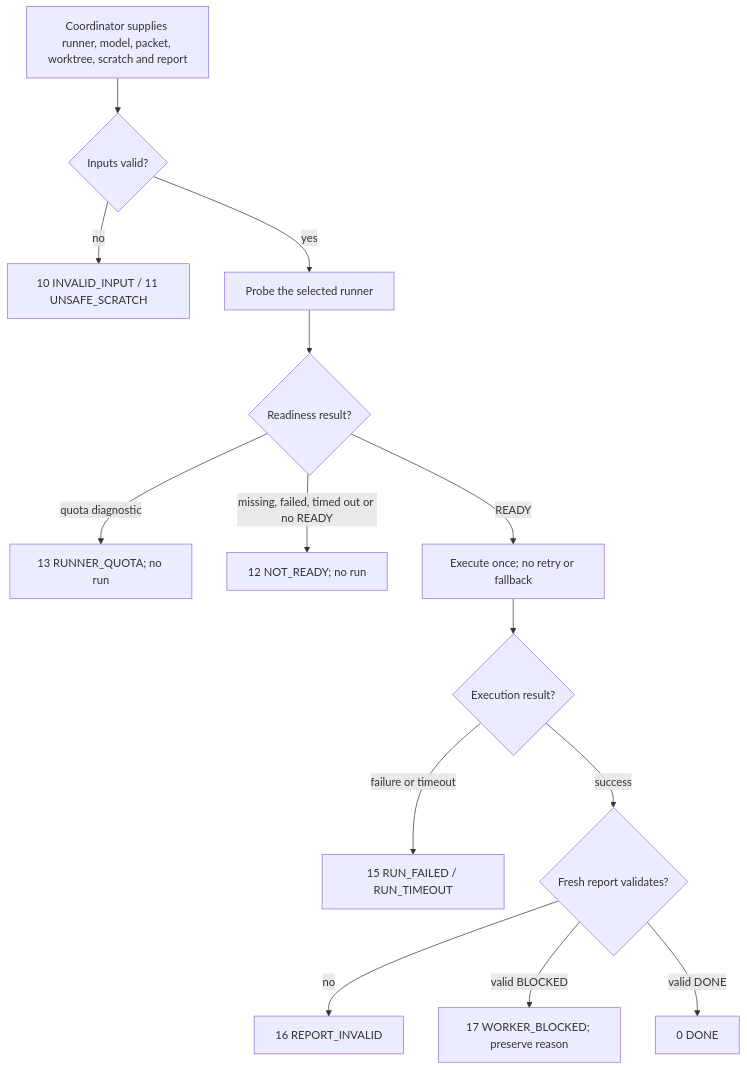
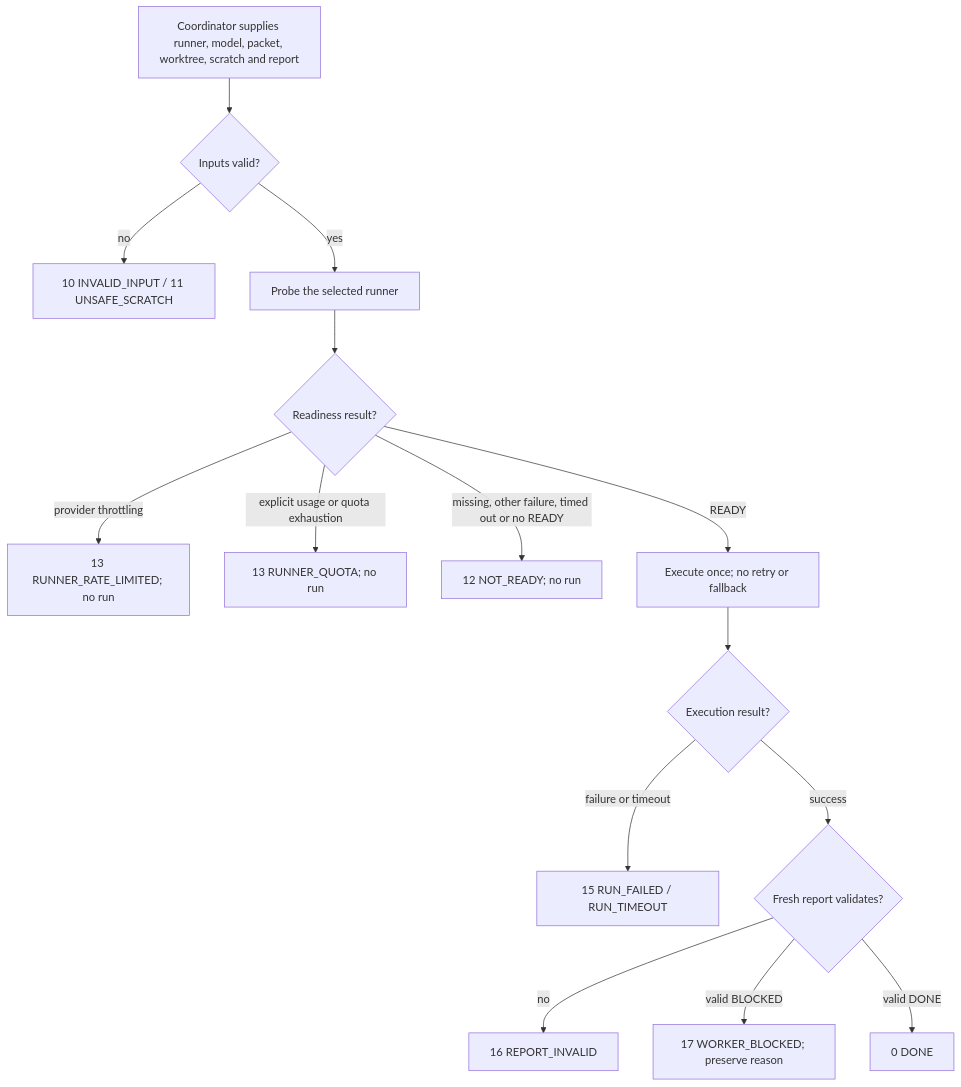
One commit to dyphn1/Harness-everything changed the diagram in docs/error-handling/actions/c8-action-map.md. Above: the diagram before and after it, drawn with Mermaid. The commit also changed other lines of this file and 4 other files, not shown here.

First line of the commit message:
fix(dispatch): separate provider rate limits from quota and canonicalize windows paths in tests

````diff
--- a/docs/error-handling/actions/c8-action-map.md
+++ b/docs/error-handling/actions/c8-action-map.md
@@ -7,16 +7,17 @@
 ```mermaid
 flowchart TD
     INPUT["Coordinator supplies runner, model, packet, worktree, scratch and report"] --> VALID{"Inputs valid?"}
     VALID -->|"no"| REFUSE["10 INVALID_INPUT / 11 UNSAFE_SCRATCH"]
     VALID -->|"yes"| READY["Probe the selected runner"]
     READY --> READY_RESULT{"Readiness result?"}
-    READY_RESULT -->|"quota diagnostic"| QUOTA["13 RUNNER_QUOTA; no run"]
-    READY_RESULT -->|"missing, failed, timed out or no READY"| NOT_READY["12 NOT_READY; no run"]
+    READY_RESULT -->|"provider throttling"| RATE_LIMITED["13 RUNNER_RATE_LIMITED; no run"]
+    READY_RESULT -->|"explicit usage or quota exhaustion"| QUOTA["13 RUNNER_QUOTA; no run"]
+    READY_RESULT -->|"missing, other failure, timed out or no READY"| NOT_READY["12 NOT_READY; no run"]
     READY_RESULT -->|"READY"| RUN["Execute once; no retry or fallback"]
     RUN --> RUN_RESULT{"Execution result?"}
     RUN_RESULT -->|"failure or timeout"| RUN_FAILED["15 RUN_FAILED / RUN_TIMEOUT"]
     RUN_RESULT -->|"success"| REPORT{"Fresh report validates?"}
     REPORT -->|"no"| INVALID["16 REPORT_INVALID"]
     REPORT -->|"valid BLOCKED"| BLOCKED["17 WORKER_BLOCKED; preserve reason"]
     REPORT -->|"valid DONE"| DONE["0 DONE"]
 ```
````
